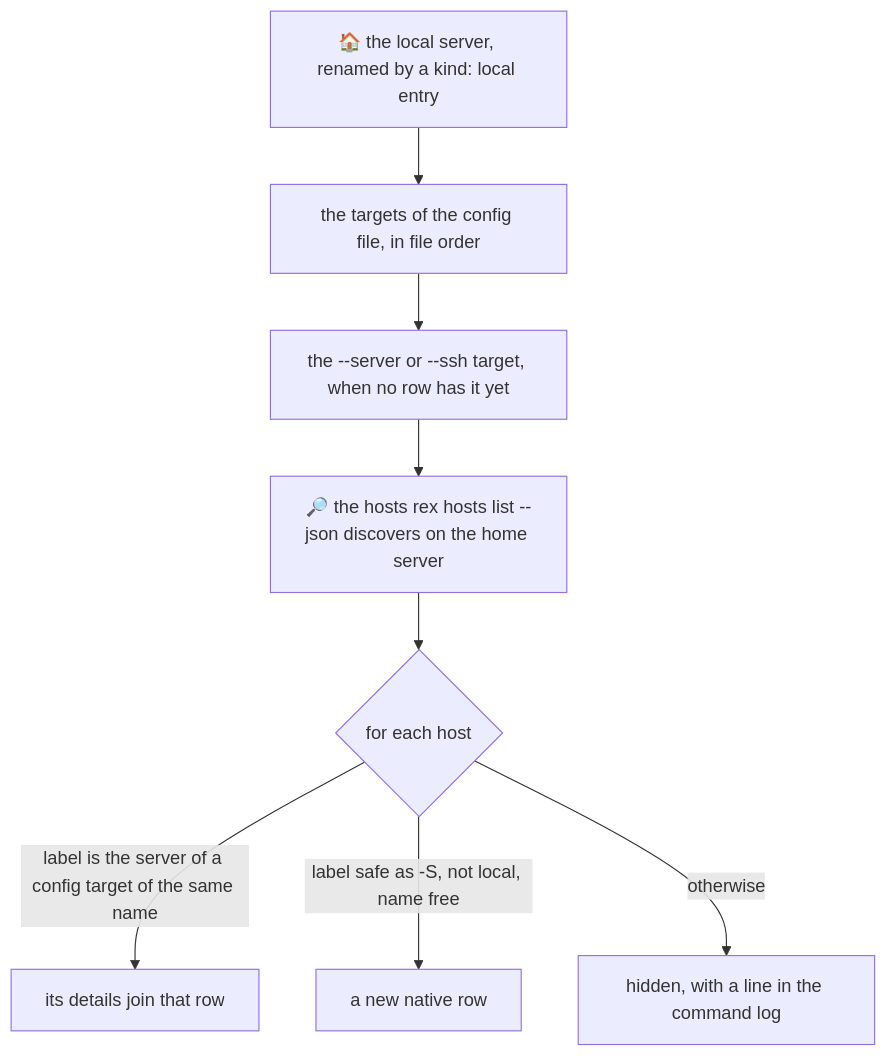
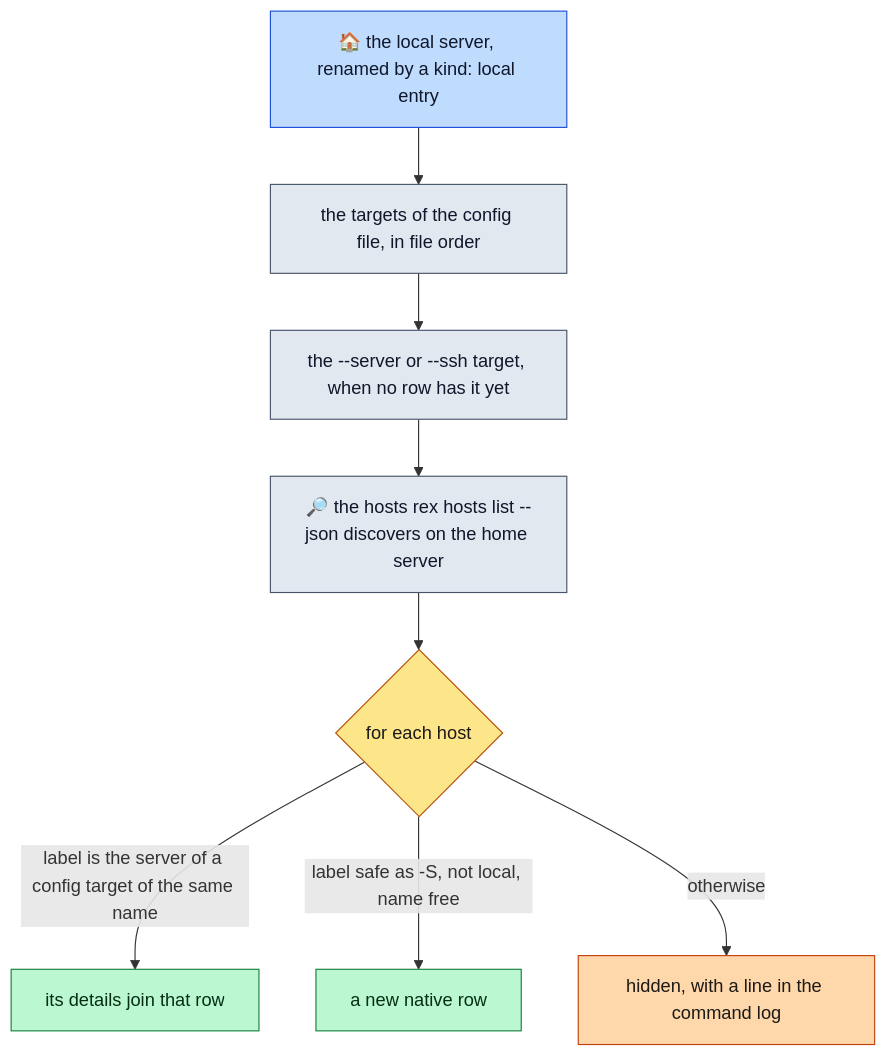
One commit to rbobillot/lazyrex changed the diagram in docs/targets.md. Above: the diagram before and after it, drawn with Mermaid. The commit also changed 11 other files, not shown here.

Commit message:
docs: color the mermaid diagrams

````diff
--- a/docs/targets.md
+++ b/docs/targets.md
@@ -17,10 +17,22 @@
 ```mermaid
 flowchart TB
     local["🏠 the local server, renamed by a kind: local entry"] --> cfg["the targets of the config file, in file order"]
     cfg --> flag["the --server or --ssh target, when no row has it yet"]
     flag --> hosts["🔎 the hosts rex hosts list --json discovers on the home server"]
     hosts --> rule{"for each host"}
     rule -->|"label is the server of a config target of the same name"| merge["its details join that row"]
     rule -->|"label safe as -S, not local, name free"| row["a new native row"]
     rule -->|"otherwise"| hidden["hidden, with a line in the command log"]
+    classDef entry fill:#bfdbfe,stroke:#1d4ed8,color:#0f172a
+    classDef step fill:#e2e8f0,stroke:#475569,color:#0f172a
+    classDef decision fill:#fde68a,stroke:#b45309,color:#1c1917
+    classDef caution fill:#fed7aa,stroke:#c2410c,color:#1c1917
+    classDef success fill:#bbf7d0,stroke:#15803d,color:#052e16
+    classDef failure fill:#fecaca,stroke:#b91c1c,color:#450a0a
+    classDef rexside fill:#99f6e4,stroke:#0f766e,color:#042f2e
+    class local entry
+    class cfg,flag,hosts step
+    class rule decision
+    class merge,row success
+    class hidden caution
 ```
````
